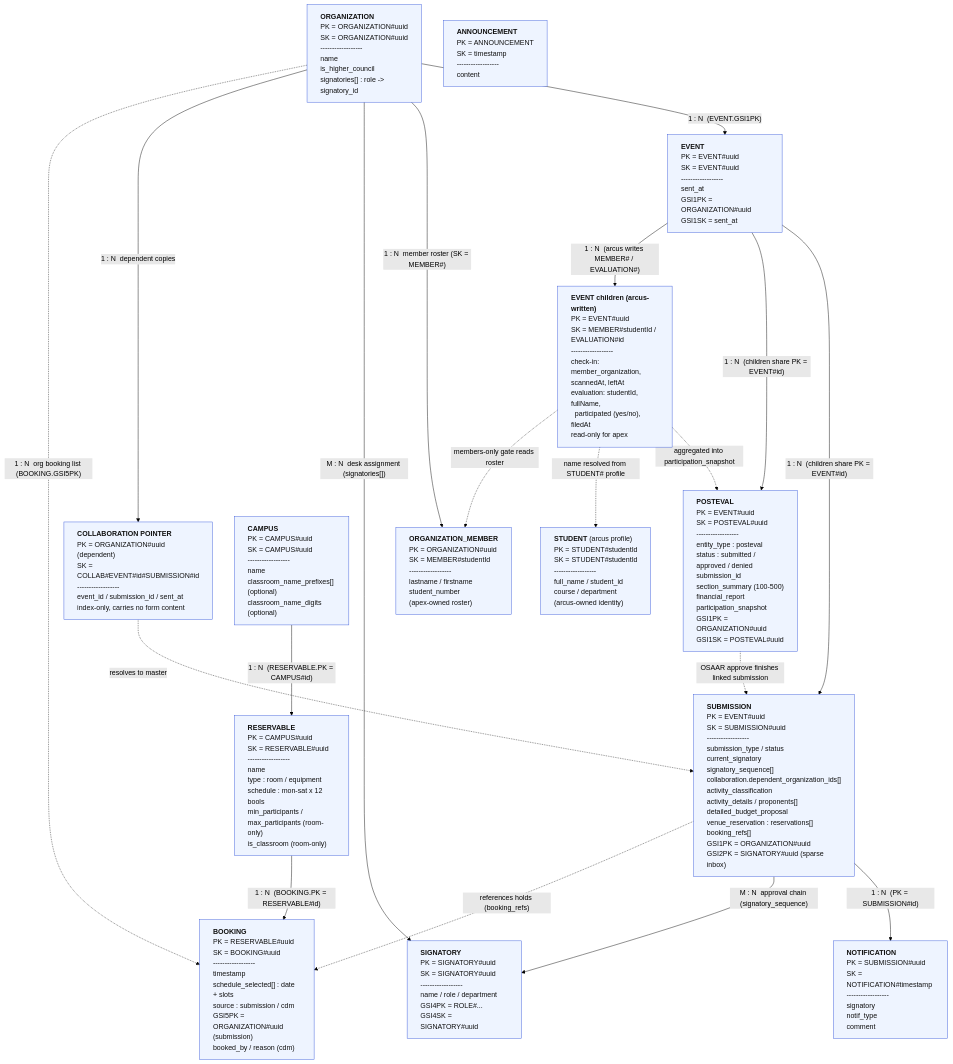
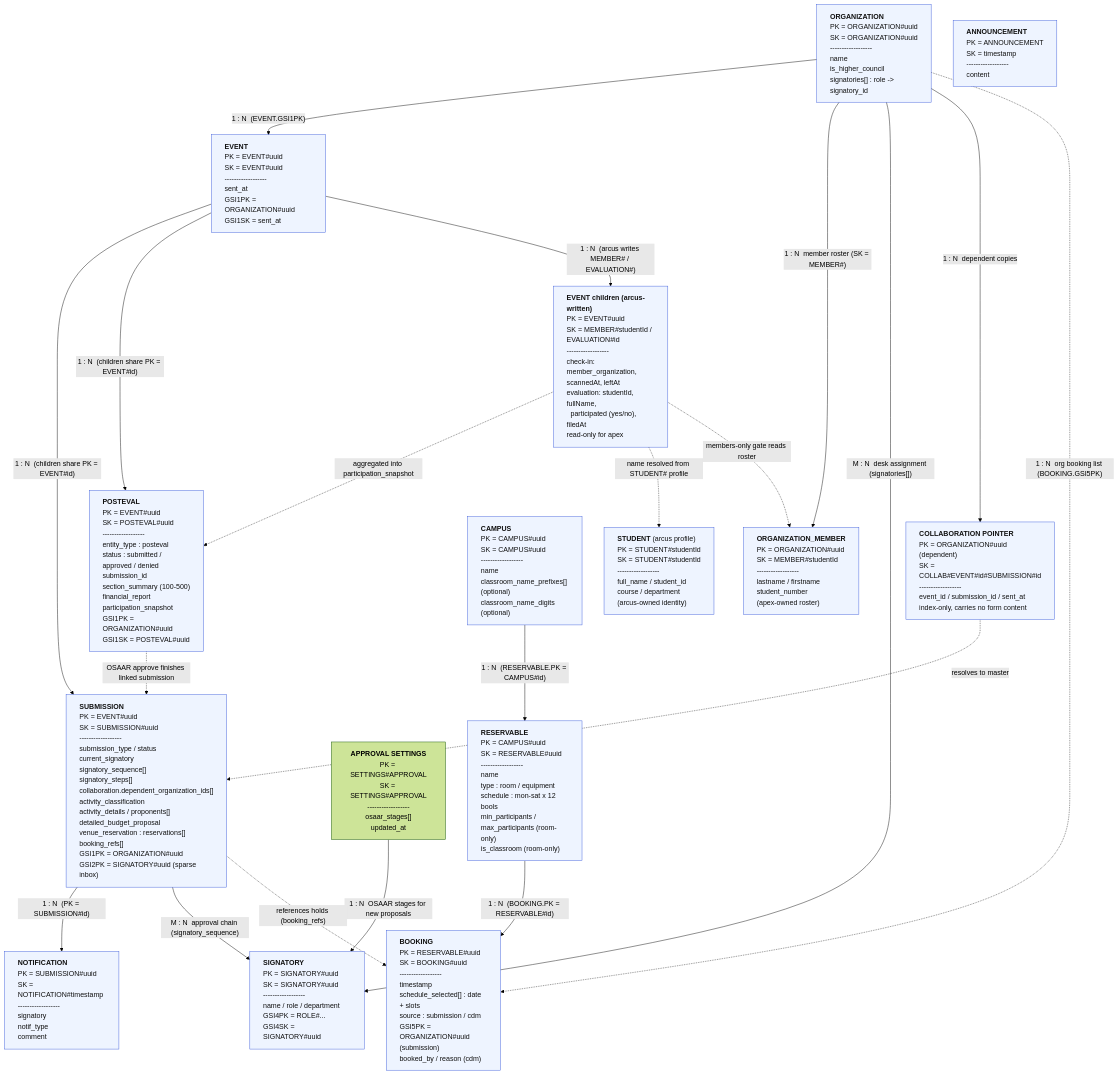
The diagram in docs/erd/erd.mmd (nomorepinto/mapua-apex), drawn with Mermaid (forest theme) before and after one commit. The commit also changed 39 other files, not shown here.

```diff
--- a/docs/erd/erd.mmd
+++ b/docs/erd/erd.mmd
@@ -1,57 +1,59 @@
 %% mapua-apex - Conceptual ERD (DynamoDB single-table design)
 %% Laid out top-down (graph TD) so the diagram renders vertically and fits
 %% an 8.5x11 portrait page without horizontal cut-off.
 %% Relationships are LOGICAL only: DynamoDB stores no foreign keys, IDs are
 %% copied onto items and resolved at write time.
 %% DEADLINE REMINDER is intentionally omitted (deprecated: orphaned read path,
 %% no producer). See "DynamoDB Schema.txt" -> Deprecated / removed objects.
 graph TD
     ORGANIZATION["<b>ORGANIZATION</b><br/>PK = ORGANIZATION#uuid<br/>SK = ORGANIZATION#uuid<br/>------------------<br/>name<br/>is_higher_council<br/>signatories[] : role -&gt; signatory_id"]
 
     ORG_MEMBER["<b>ORGANIZATION_MEMBER</b><br/>PK = ORGANIZATION#uuid<br/>SK = MEMBER#studentId<br/>------------------<br/>lastname / firstname<br/>student_number<br/>(apex-owned roster)"]
 
     EVENT["<b>EVENT</b><br/>PK = EVENT#uuid<br/>SK = EVENT#uuid<br/>------------------<br/>sent_at<br/>GSI1PK = ORGANIZATION#uuid<br/>GSI1SK = sent_at"]
 
-    SUBMISSION["<b>SUBMISSION</b><br/>PK = EVENT#uuid<br/>SK = SUBMISSION#uuid<br/>------------------<br/>submission_type / status<br/>current_signatory<br/>signatory_sequence[]<br/>collaboration.dependent_organization_ids[]<br/>activity_classification<br/>activity_details / proponents[]<br/>detailed_budget_proposal<br/>venue_reservation : reservations[]<br/>booking_refs[]<br/>GSI1PK = ORGANIZATION#uuid<br/>GSI2PK = SIGNATORY#uuid (sparse inbox)"]
+    SUBMISSION["<b>SUBMISSION</b><br/>PK = EVENT#uuid<br/>SK = SUBMISSION#uuid<br/>------------------<br/>submission_type / status<br/>current_signatory<br/>signatory_sequence[]<br/>signatory_steps[]<br/>collaboration.dependent_organization_ids[]<br/>activity_classification<br/>activity_details / proponents[]<br/>detailed_budget_proposal<br/>venue_reservation : reservations[]<br/>booking_refs[]<br/>GSI1PK = ORGANIZATION#uuid<br/>GSI2PK = SIGNATORY#uuid (sparse inbox)"]
+    SETTINGS["<b>APPROVAL SETTINGS</b><br/>PK = SETTINGS#APPROVAL<br/>SK = SETTINGS#APPROVAL<br/>------------------<br/>osaar_stages[]<br/>updated_at"]
 
     NOTIFICATION["<b>NOTIFICATION</b><br/>PK = SUBMISSION#uuid<br/>SK = NOTIFICATION#timestamp<br/>------------------<br/>signatory<br/>notif_type<br/>comment"]
 
     SIGNATORY["<b>SIGNATORY</b><br/>PK = SIGNATORY#uuid<br/>SK = SIGNATORY#uuid<br/>------------------<br/>name / role / department<br/>GSI4PK = ROLE#...<br/>GSI4SK = SIGNATORY#uuid"]
 
     COLLAB["<b>COLLABORATION POINTER</b><br/>PK = ORGANIZATION#uuid (dependent)<br/>SK = COLLAB#EVENT#id#SUBMISSION#id<br/>------------------<br/>event_id / submission_id / sent_at<br/>index-only, carries no form content"]
 
     ANNOUNCEMENT["<b>ANNOUNCEMENT</b><br/>PK = ANNOUNCEMENT<br/>SK = timestamp<br/>------------------<br/>content"]
 
     CAMPUS["<b>CAMPUS</b><br/>PK = CAMPUS#uuid<br/>SK = CAMPUS#uuid<br/>------------------<br/>name<br/>classroom_name_prefixes[] (optional)<br/>classroom_name_digits (optional)"]
 
     RESERVABLE["<b>RESERVABLE</b><br/>PK = CAMPUS#uuid<br/>SK = RESERVABLE#uuid<br/>------------------<br/>name<br/>type : room / equipment<br/>schedule : mon-sat x 12 bools<br/>min_participants / max_participants (room-only)<br/>is_classroom (room-only)"]
 
     BOOKING["<b>BOOKING</b><br/>PK = RESERVABLE#uuid<br/>SK = BOOKING#uuid<br/>------------------<br/>timestamp<br/>schedule_selected[] : date + slots<br/>source : submission / cdm<br/>GSI5PK = ORGANIZATION#uuid (submission)<br/>booked_by / reason (cdm)"]
 
     POSTEVAL["<b>POSTEVAL</b><br/>PK = EVENT#uuid<br/>SK = POSTEVAL#uuid<br/>------------------<br/>entity_type : posteval<br/>status : submitted / approved / denied<br/>submission_id<br/>section_summary (100-500)<br/>financial_report<br/>participation_snapshot<br/>GSI1PK = ORGANIZATION#uuid<br/>GSI1SK = POSTEVAL#uuid"]
 
     ARCUS_CHILD["<b>EVENT children (arcus-written)</b><br/>PK = EVENT#uuid<br/>SK = MEMBER#studentId / EVALUATION#id<br/>------------------<br/>check-in: member_organization, scannedAt, leftAt<br/>evaluation: studentId, fullName,<br/>&nbsp;&nbsp;participated (yes/no), filedAt<br/>read-only for apex"]
 
     STUDENT["<b>STUDENT</b> (arcus profile)<br/>PK = STUDENT#studentId<br/>SK = STUDENT#studentId<br/>------------------<br/>full_name / student_id<br/>course / department<br/>(arcus-owned identity)"]
 
     ORGANIZATION -->|"1 : N &nbsp;(EVENT.GSI1PK)"| EVENT
     ORGANIZATION -->|"1 : N &nbsp;member roster (SK = MEMBER#)"| ORG_MEMBER
     EVENT -->|"1 : N &nbsp;(children share PK = EVENT#id)"| SUBMISSION
     SUBMISSION -->|"1 : N &nbsp;(PK = SUBMISSION#id)"| NOTIFICATION
     ORGANIZATION -->|"M : N &nbsp;desk assignment (signatories[])"| SIGNATORY
     SUBMISSION -->|"M : N &nbsp;approval chain (signatory_sequence)"| SIGNATORY
+    SETTINGS -->|"1 : N &nbsp;OSAAR stages for new proposals"| SIGNATORY
     ORGANIZATION -->|"1 : N &nbsp;dependent copies"| COLLAB
     COLLAB -.->|"resolves to master"| SUBMISSION
     CAMPUS -->|"1 : N &nbsp;(RESERVABLE.PK = CAMPUS#id)"| RESERVABLE
     RESERVABLE -->|"1 : N &nbsp;(BOOKING.PK = RESERVABLE#id)"| BOOKING
     SUBMISSION -.->|"references holds (booking_refs)"| BOOKING
     ORGANIZATION -.->|"1 : N &nbsp;org booking list (BOOKING.GSI5PK)"| BOOKING
     EVENT -->|"1 : N &nbsp;(children share PK = EVENT#id)"| POSTEVAL
     EVENT -->|"1 : N &nbsp;(arcus writes MEMBER# / EVALUATION#)"| ARCUS_CHILD
     POSTEVAL -.->|"OSAAR approve finishes linked submission"| SUBMISSION
     ARCUS_CHILD -.->|"aggregated into participation_snapshot"| POSTEVAL
     ARCUS_CHILD -.->|"name resolved from STUDENT# profile"| STUDENT
     ARCUS_CHILD -.->|"members-only gate reads roster"| ORG_MEMBER
 
     classDef entity fill:#eef4ff,stroke:#3b5bdb,stroke-width:1px,color:#111111,text-align:left;
     class ORGANIZATION,ORG_MEMBER,EVENT,SUBMISSION,NOTIFICATION,SIGNATORY,COLLAB,ANNOUNCEMENT,CAMPUS,RESERVABLE,BOOKING,POSTEVAL,ARCUS_CHILD,STUDENT entity;
```
